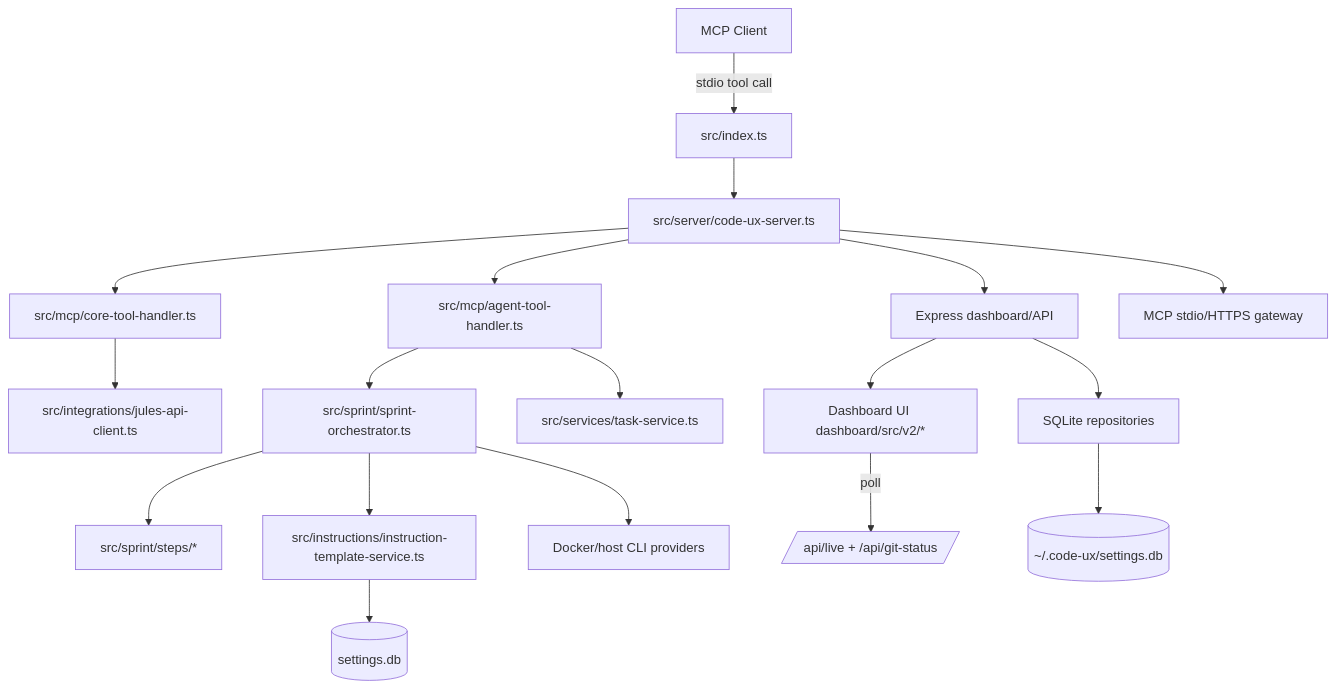
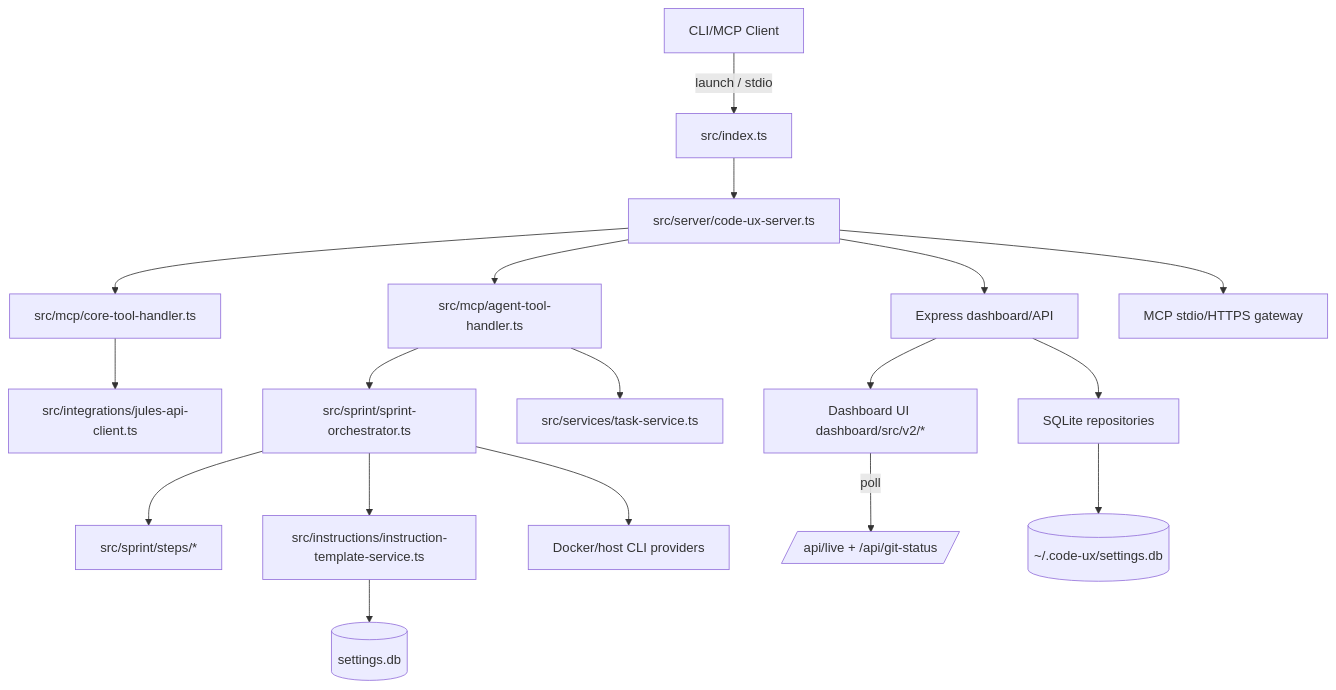
The diagram in docs/architecture/system-overview.md (codeux-ai/codeux), drawn with Mermaid before and after one commit. The commit also changed other lines of this file and 5 other files, not shown here.

First line of the commit message:
Update architecture docs for container-first runtime

````diff
--- a/docs/architecture/system-overview.md
+++ b/docs/architecture/system-overview.md
@@ -77,20 +77,20 @@
 ```mermaid
 flowchart TD
-  A[MCP Client] -->|stdio tool call| B[src/index.ts]
+  A[CLI/MCP Client] -->|launch / stdio| B[src/index.ts]
   B --> R[src/server/code-ux-server.ts]
   R --> C[src/mcp/core-tool-handler.ts]
   R --> D[src/mcp/agent-tool-handler.ts]
   C --> E[src/integrations/jules-api-client.ts]
   D --> F[src/sprint/sprint-orchestrator.ts]
   F --> G[src/sprint/steps/*]
   F --> H[src/instructions/instruction-template-service.ts]
   H --> I[(settings.db)]
   D --> J[src/services/task-service.ts]
   R --> L[Express dashboard/API]
   L --> M[Dashboard UI dashboard/src/v2/*]
   M -->|poll| N[/api/live + /api/git-status/]
   L --> O[SQLite repositories]
   O --> P[(~/.code-ux/settings.db)]
   R --> Q[MCP stdio/HTTPS gateway]
   F --> S[Docker/host CLI providers]
 ```
````
